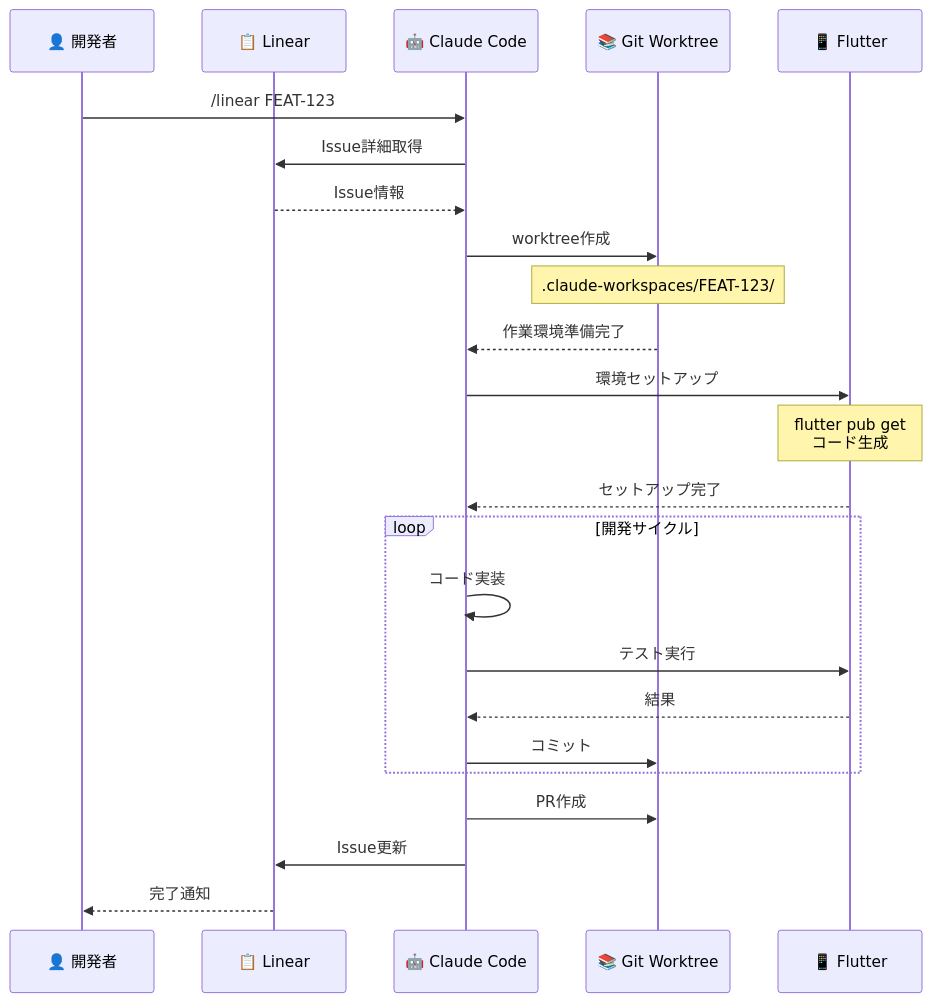
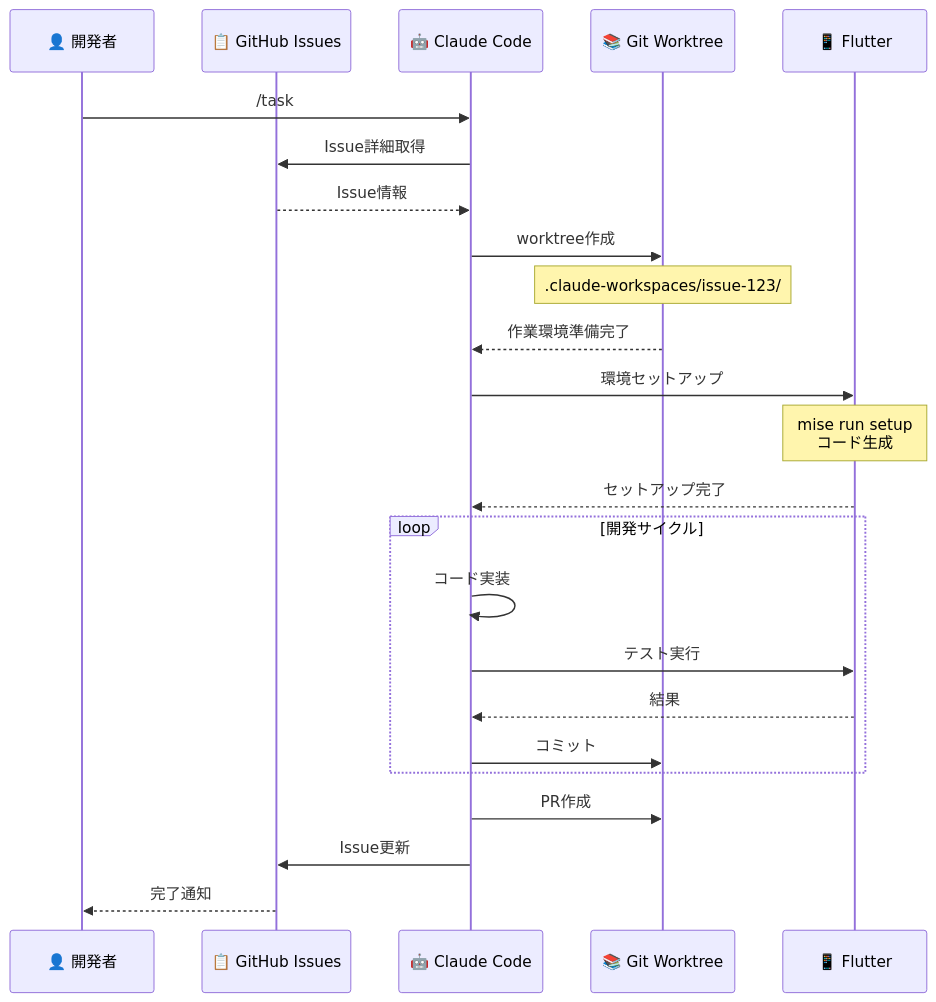
The third of 5 diagrams in docs/WORKTREE_ARCHITECTURE.md (r0227n/flutter_template_project), drawn with Mermaid before and after one commit. The commit also changed other lines of this file, not shown here.

First line of the commit message:
docs: revise WORKTREE_ARCHITECTURE.md for clarity and structure

````diff
--- a/docs/WORKTREE_ARCHITECTURE.md
+++ b/docs/WORKTREE_ARCHITECTURE.md
@@ -371,31 +399,31 @@
 ```mermaid
 sequenceDiagram
     participant User as 👤 開発者
-    participant Linear as 📋 Linear
+    participant GitHub as 📋 GitHub Issues
     participant Claude as 🤖 Claude Code
     participant Git as 📚 Git Worktree
     participant Flutter as 📱 Flutter
 
-    User->>Claude: /linear FEAT-123
-    Claude->>Linear: Issue詳細取得
-    Linear-->>Claude: Issue情報
+    User->>Claude: /task #123
+    Claude->>GitHub: Issue詳細取得
+    GitHub-->>Claude: Issue情報
 
     Claude->>Git: worktree作成
-    Note over Git: .claude-workspaces/FEAT-123/
+    Note over Git: .claude-workspaces/issue-123/
     Git-->>Claude: 作業環境準備完了
 
     Claude->>Flutter: 環境セットアップ
-    Note over Flutter: flutter pub get<br/>コード生成
+    Note over Flutter: mise run setup<br/>コード生成
     Flutter-->>Claude: セットアップ完了
 
     loop 開発サイクル
         Claude->>Claude: コード実装
         Claude->>Flutter: テスト実行
         Flutter-->>Claude: 結果
         Claude->>Git: コミット
     end
 
     Claude->>Git: PR作成
-    Claude->>Linear: Issue更新
-    Linear-->>User: 完了通知
+    Claude->>GitHub: Issue更新
+    GitHub-->>User: 完了通知
 ```
````
